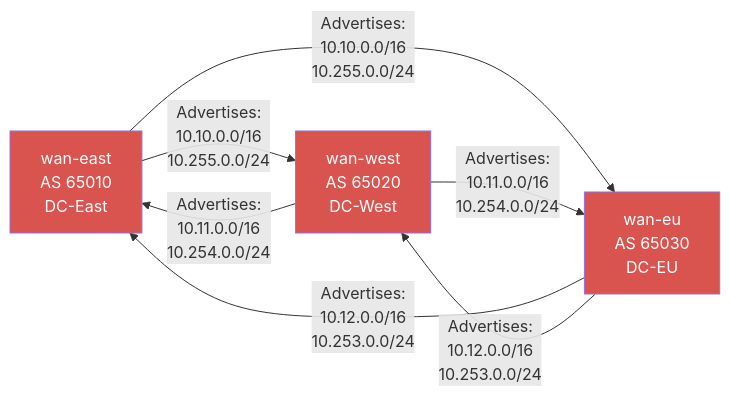
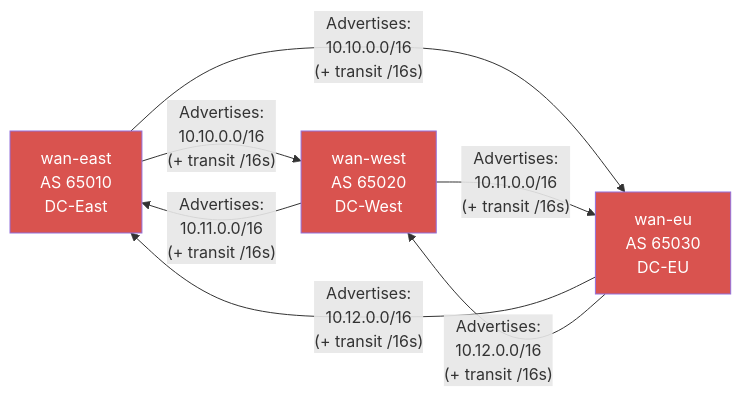
One commit to macrohard1970/ResilientCloud changed the second of 4 diagrams in docs/diagrams/bgp-peering.md. Above: the diagram before and after it, drawn with Mermaid. The commit also changed other lines of this file and 12 other files, not shown here.

First line of the commit message:
docs: align all docs and diagrams with the fixed lab; add CHANGELOG

````diff
--- a/docs/diagrams/bgp-peering.md
+++ b/docs/diagrams/bgp-peering.md
@@ -92,17 +92,17 @@
 ```mermaid
 graph LR
     WE_E["wan-east<br/>AS 65010<br/>DC-East"]
 
-    WE_E -->|"Advertises:<br/>10.10.0.0/16<br/>10.255.0.0/24"| WE_W["wan-west<br/>AS 65020<br/>DC-West"]
-    WE_E -->|"Advertises:<br/>10.10.0.0/16<br/>10.255.0.0/24"| WE_EU["wan-eu<br/>AS 65030<br/>DC-EU"]
+    WE_E -->|"Advertises:<br/>10.10.0.0/16<br/>(+ transit /16s)"| WE_W["wan-west<br/>AS 65020<br/>DC-West"]
+    WE_E -->|"Advertises:<br/>10.10.0.0/16<br/>(+ transit /16s)"| WE_EU["wan-eu<br/>AS 65030<br/>DC-EU"]
 
-    WE_W -->|"Advertises:<br/>10.11.0.0/16<br/>10.254.0.0/24"| WE_E
-    WE_W -->|"Advertises:<br/>10.11.0.0/16<br/>10.254.0.0/24"| WE_EU
+    WE_W -->|"Advertises:<br/>10.11.0.0/16<br/>(+ transit /16s)"| WE_E
+    WE_W -->|"Advertises:<br/>10.11.0.0/16<br/>(+ transit /16s)"| WE_EU
 
-    WE_EU -->|"Advertises:<br/>10.12.0.0/16<br/>10.253.0.0/24"| WE_E
-    WE_EU -->|"Advertises:<br/>10.12.0.0/16<br/>10.253.0.0/24"| WE_W
+    WE_EU -->|"Advertises:<br/>10.12.0.0/16<br/>(+ transit /16s)"| WE_E
+    WE_EU -->|"Advertises:<br/>10.12.0.0/16<br/>(+ transit /16s)"| WE_W
 
     style WE_E fill:#d9534f,color:#fff
     style WE_W fill:#d9534f,color:#fff
     style WE_EU fill:#d9534f,color:#fff
 ```
````
